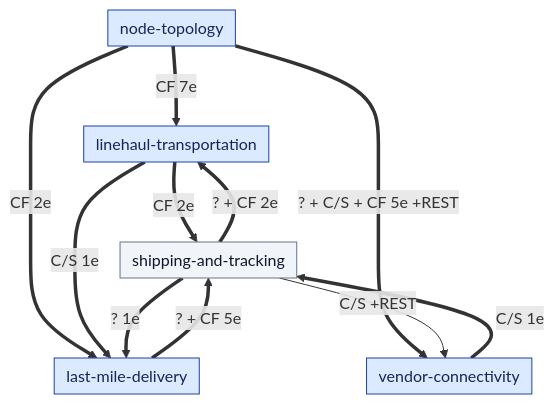
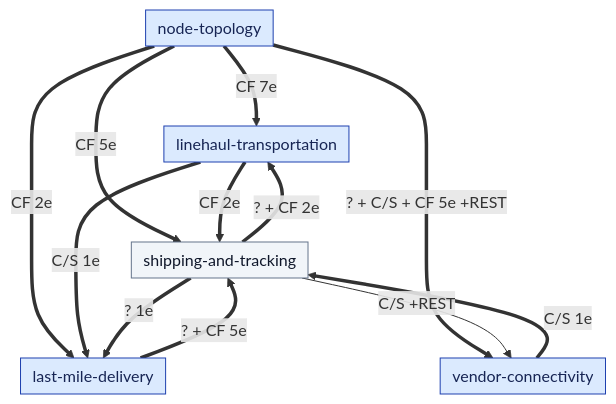
The third of 5 diagrams in network/docs/strategic-design/context-map.md (IQVO/warehouse-docs), drawn with Mermaid before and after one commit. The commit also changed other lines of this file and 11 other files, not shown here.

````diff
--- a/network/docs/strategic-design/context-map.md
+++ b/network/docs/strategic-design/context-map.md
@@ -91,23 +91,24 @@
 ```mermaid
 %%{init: {"flowchart": {"nodeSpacing": 22, "rankSpacing": 56, "padding": 6}}}%%
 flowchart TB
     classDef core fill:#1e3a8a,stroke:#1e3a8a,color:#fff
     classDef sup fill:#dbeafe,stroke:#1e40af,color:#172554
     classDef gen fill:#f1f5f9,stroke:#64748b,color:#0f172a
     classDef ext fill:#ffe3e3,stroke:#c92a2a,color:#000
     NT["node-topology"]:::sup
     LH["linehaul-transportation"]:::sup
     LM["last-mile-delivery"]:::sup
     ST["shipping-and-tracking"]:::gen
     VC["vendor-connectivity"]:::sup
     NT ==>|"CF 7e"| LH
     NT ==>|"CF 2e"| LM
     NT ==>|"? + C/S + CF 5e +REST"| VC
+    NT ==>|"CF 5e"| ST
     VC ==>|"C/S 1e"| ST
     LH ==>|"CF 2e"| ST
     LH ==>|"C/S 1e"| LM
     LM ==>|"? + CF 5e"| ST
     ST ==>|"? + CF 2e"| LH
     ST ==>|"? 1e"| LM
     ST -->|"C/S +REST"| VC
 ```
````
